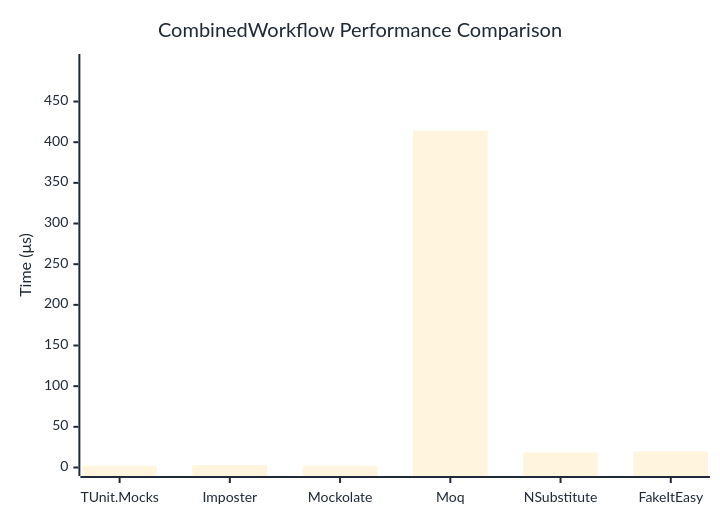
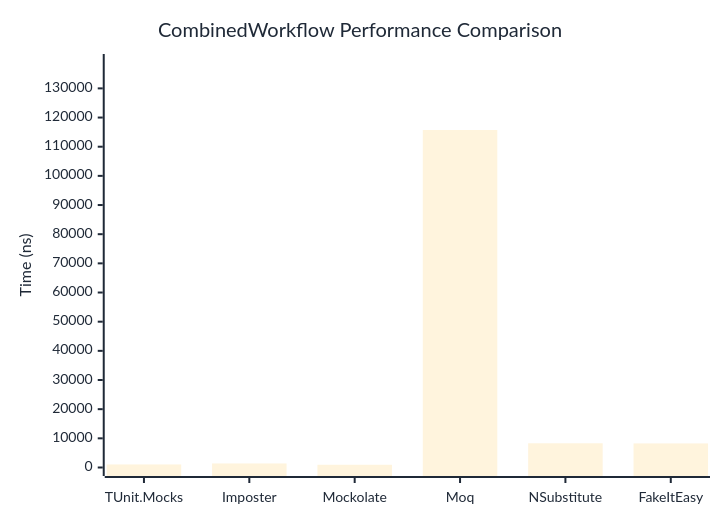
The diagram in docs/docs/benchmarks/mocks/CombinedWorkflow.md (thomhurst/TUnit), drawn with Mermaid before and after one commit. The commit also changed other lines of this file and 14 other files, not shown here.

````diff
--- a/docs/docs/benchmarks/mocks/CombinedWorkflow.md
+++ b/docs/docs/benchmarks/mocks/CombinedWorkflow.md
@@ -30,27 +30,27 @@
 ```mermaid
 %%{init: {
   'theme':'base',
   'themeVariables': {
     'primaryColor': '#2563eb',
     'primaryTextColor': '#1f2937',
     'primaryBorderColor': '#1e40af',
     'lineColor': '#6b7280',
     'secondaryColor': '#7c3aed',
     'tertiaryColor': '#dc2626',
     'background': '#ffffff',
     'pie1': '#2563eb',
     'pie2': '#7c3aed',
     'pie3': '#dc2626',
     'pie4': '#f59e0b',
     'pie5': '#10b981',
     'pie6': '#06b6d4',
     'pie7': '#ec4899',
     'pie8': '#6366f1'
   }
 }}%%
 xychart-beta
   title "CombinedWorkflow Performance Comparison"
   x-axis ["TUnit.Mocks", "Imposter", "Mockolate", "Moq", "NSubstitute", "FakeItEasy"]
-  y-axis "Time (μs)" 0 --> 498
-  bar [2.066, 3.07, 2.019, 414.368, 18.481, 19.779]
+  y-axis "Time (ns)" 0 --> 138874
+  bar [1051, 1394.8, 936.9, 115727.8, 8308.9, 8260.3]
 ```
````
